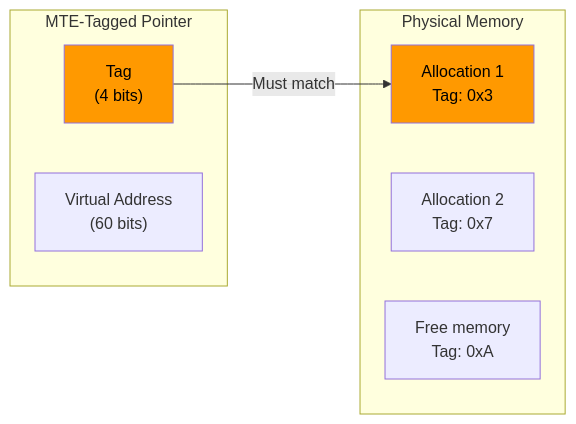
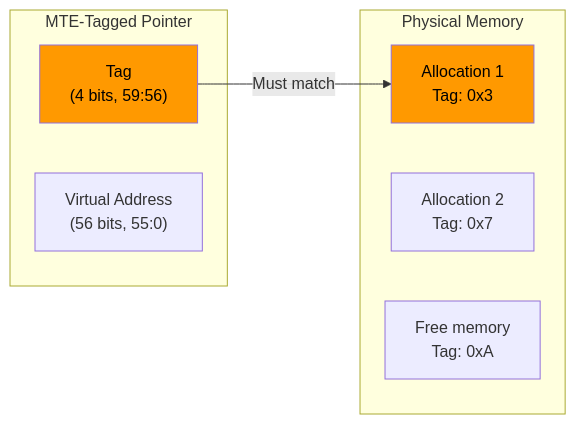
One commit to aospbooks/aosp-internal-book changed diagram 30 of 36 in agents/claude/skills/aosp-native-foundation/08-memory-management.md. Above: the diagram before and after it, drawn with Mermaid. The commit also changed other lines of this file and 218 other files, not shown here.

````diff
--- a/agents/claude/skills/aosp-native-foundation/08-memory-management.md
+++ b/agents/claude/skills/aosp-native-foundation/08-memory-management.md
@@ -3178,18 +3284,18 @@
 ```mermaid
 graph LR
     subgraph "MTE-Tagged Pointer"
-        Tag["Tag<br/>(4 bits)"]
-        Addr["Virtual Address<br/>(60 bits)"]
+        Tag["Tag<br/>(4 bits, 59:56)"]
+        Addr["Virtual Address<br/>(56 bits, 55:0)"]
     end
 
     subgraph "Physical Memory"
         MT1["Allocation 1<br/>Tag: 0x3"]
         MT2["Allocation 2<br/>Tag: 0x7"]
         MT3["Free memory<br/>Tag: 0xA"]
     end
 
     Tag -->|"Must match"| MT1
 
     style Tag fill:#ff9900,color:#000
     style MT1 fill:#ff9900,color:#000
 ```
````
